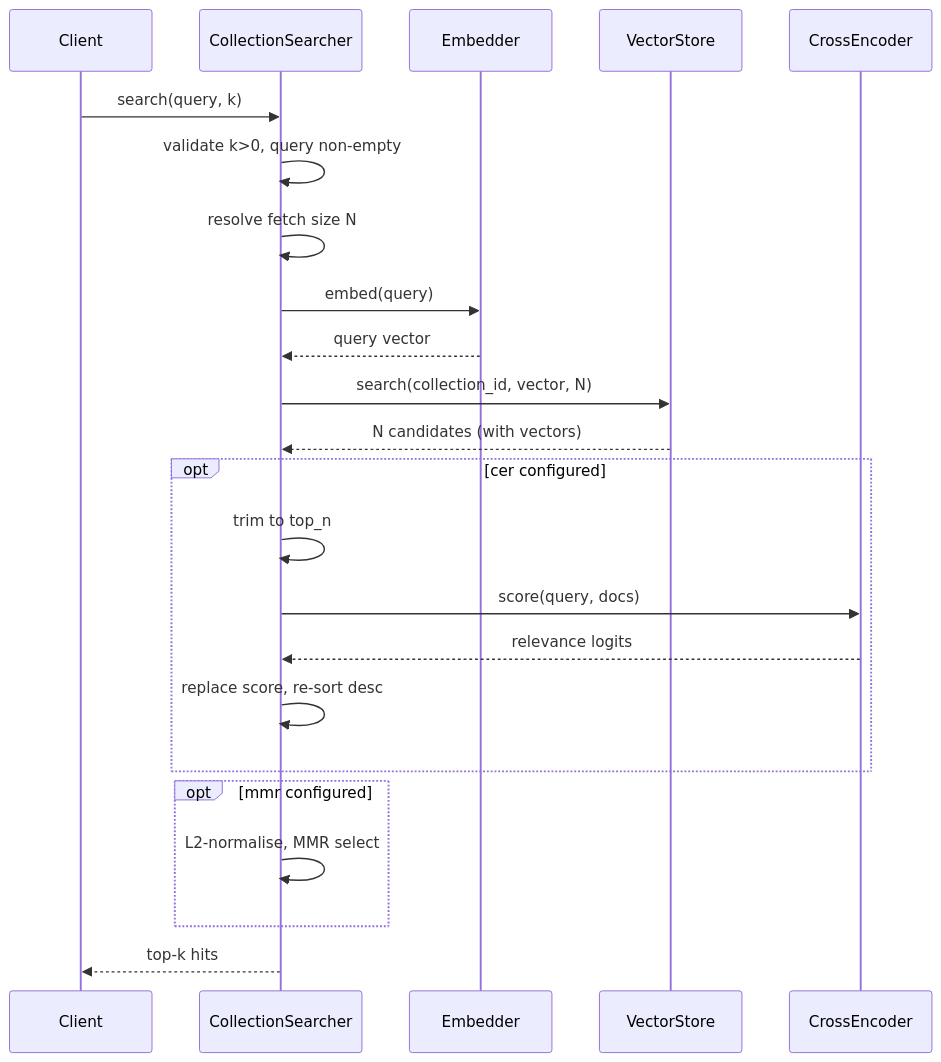
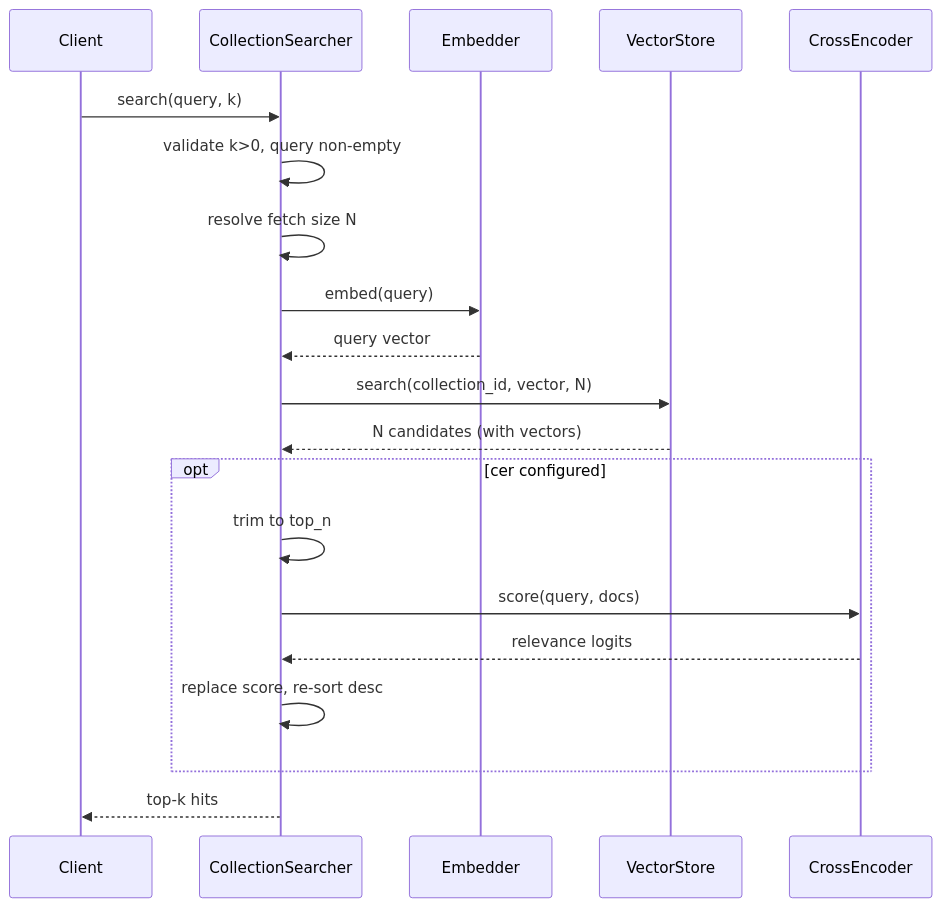
One commit to primerhq/primer changed the second of 2 diagrams in docs/dev/subsystems/semantic-search.md. Above: the diagram before and after it, drawn with Mermaid. The commit also changed other lines of this file and 1 other file, not shown here.

Commit message:
docs(dev): drop the removed MMR stage from the semantic-search docs

````diff
--- a/docs/dev/subsystems/semantic-search.md
+++ b/docs/dev/subsystems/semantic-search.md
@@ -202,26 +201,23 @@
 ```mermaid
 sequenceDiagram
     participant Client
     participant Searcher as CollectionSearcher
     participant Embedder
     participant Store as VectorStore
     participant CE as CrossEncoder
 
     Client->>Searcher: search(query, k)
     Searcher->>Searcher: validate k>0, query non-empty
     Searcher->>Searcher: resolve fetch size N
     Searcher->>Embedder: embed(query)
     Embedder-->>Searcher: query vector
     Searcher->>Store: search(collection_id, vector, N)
     Store-->>Searcher: N candidates (with vectors)
     opt cer configured
         Searcher->>Searcher: trim to top_n
         Searcher->>CE: score(query, docs)
         CE-->>Searcher: relevance logits
         Searcher->>Searcher: replace score, re-sort desc
     end
-    opt mmr configured
-        Searcher->>Searcher: L2-normalise, MMR select
-    end
     Searcher-->>Client: top-k hits
 ```
````
